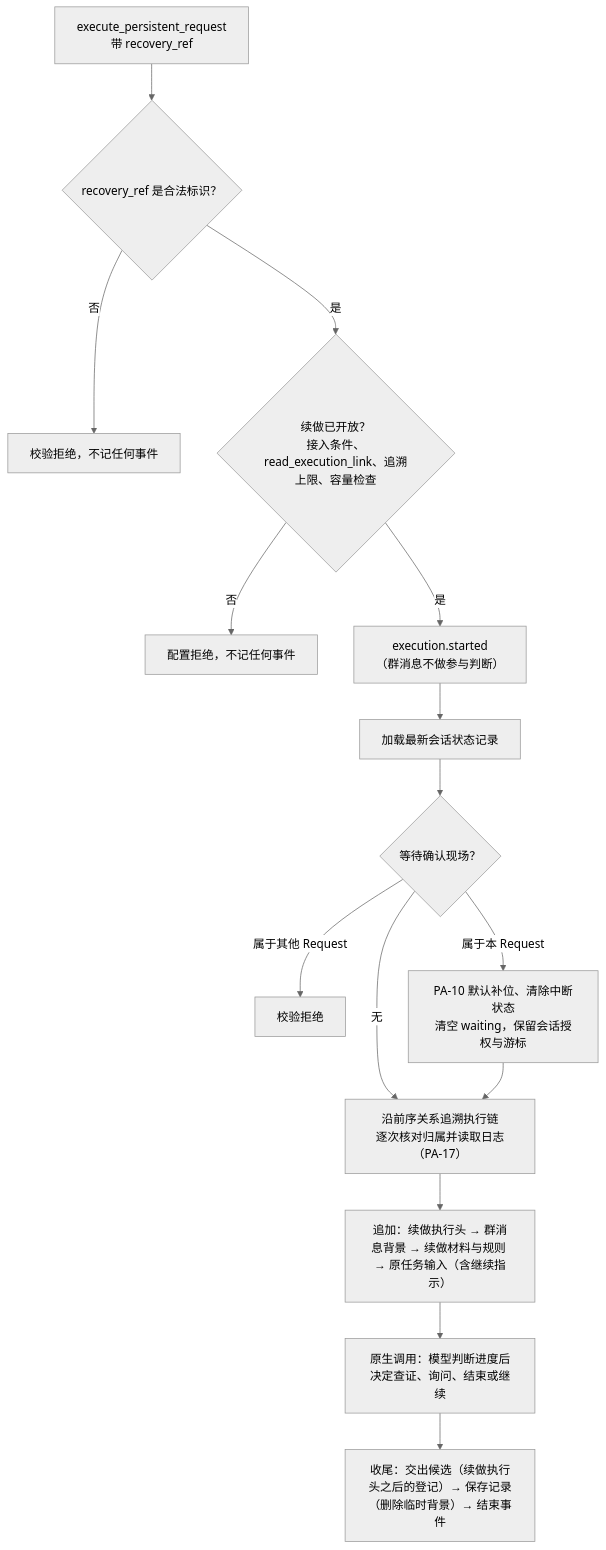
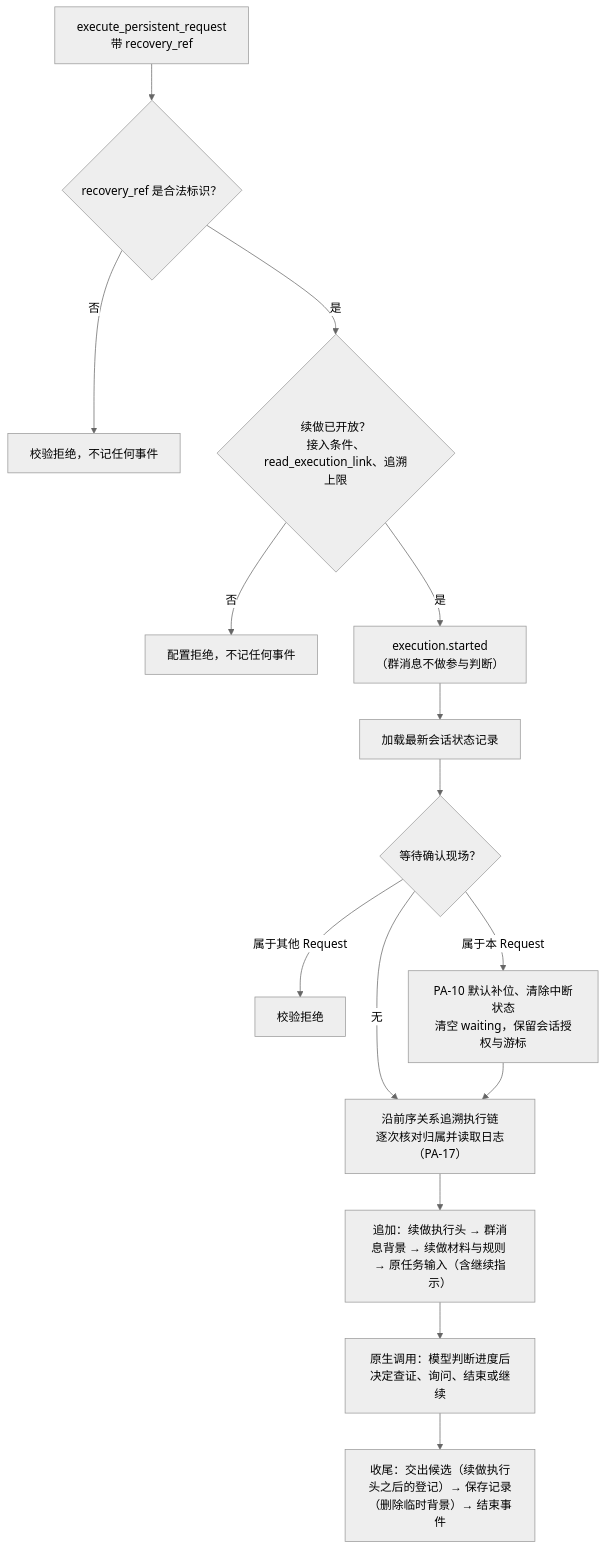
The diagram in openjiuwen/harness/persistent_agent/docs/features/F_20_continuation.md (openJiuwen-ai/agent-core), drawn with Mermaid (neutral theme) before and after one commit. The commit also changed other lines of this file and 10 other files, not shown here.

````diff
--- a/openjiuwen/harness/persistent_agent/docs/features/F_20_continuation.md
+++ b/openjiuwen/harness/persistent_agent/docs/features/F_20_continuation.md
@@ -78,17 +78,17 @@
 ```mermaid
 flowchart TD
     A["execute_persistent_request<br/>带 recovery_ref"] --> V{"recovery_ref 是合法标识？"}
     V -- "否" --> X["校验拒绝，不记任何事件"]
-    V -- "是" --> O{"续做已开放？<br/>接入条件、read_execution_link、追溯上限、容量检查"}
+    V -- "是" --> O{"续做已开放？<br/>接入条件、read_execution_link、追溯上限"}
     O -- "否" --> Y["配置拒绝，不记任何事件"]
     O -- "是" --> S["execution.started<br/>（群消息不做参与判断）"]
     S --> L["加载最新会话状态记录"]
     L --> W{"等待确认现场？"}
     W -- "属于其他 Request" --> R["校验拒绝"]
     W -- "属于本 Request" --> C["PA-10 默认补位、清除中断状态<br/>清空 waiting，保留会话授权与游标"]
     W -- "无" --> G
     C --> G["沿前序关系追溯执行链<br/>逐次核对归属并读取日志（PA-17）"]
     G --> H["追加：续做执行头 → 群消息背景 → 续做材料与规则 → 原任务输入（含继续指示）"]
     H --> N["原生调用：模型判断进度后决定查证、询问、结束或继续"]
     N --> F["收尾：交出候选（续做执行头之后的登记）→ 保存记录（删除临时背景）→ 结束事件"]
 ```
````
